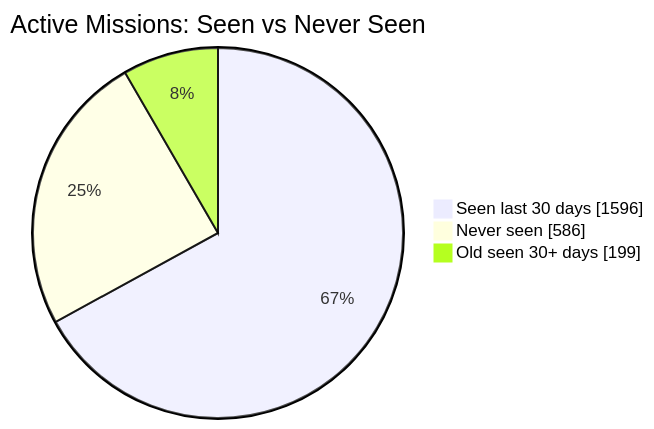
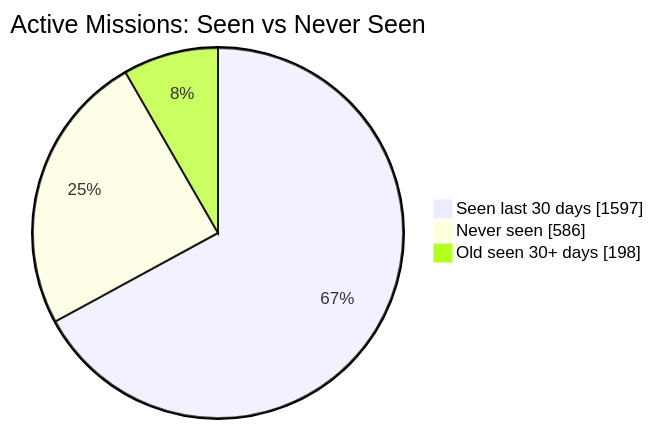
One commit to MeldkamerspelGameTeam/active-missions changed the first of 2 diagrams in README.md. Above: the diagram before and after it, drawn with Mermaid. The commit also changed other lines of this file and 2 other files, not shown here.

````diff
--- a/README.md
+++ b/README.md
@@ -34,7 +34,7 @@
 ```mermaid
 pie showData
     title Active Missions: Seen vs Never Seen
-    "Seen last 30 days" : 1596
+    "Seen last 30 days" : 1597
     "Never seen" : 586
-    "Old seen 30+ days" : 199
+    "Old seen 30+ days" : 198
 ```
````
